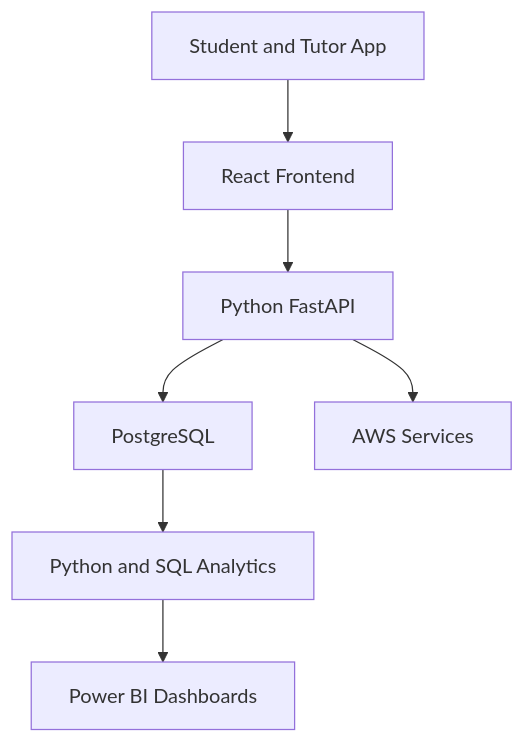
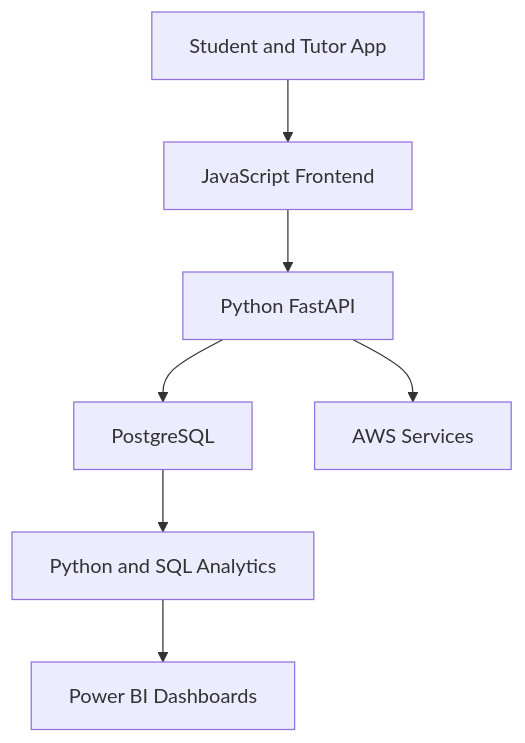
The second of 2 diagrams in README.md (janvipatel1910/learner-success-platform), drawn with Mermaid before and after one commit. The commit also changed other lines of this file, not shown here.

First line of the commit message:
docs: document live AWS deployment, architecture and limitations

````diff
--- a/README.md
+++ b/README.md
@@ -100,9 +146,9 @@
 ```mermaid
 flowchart TD
-    A["Student and Tutor App"] --> B["React Frontend"]
+    A["Student and Tutor App"] --> B["JavaScript Frontend"]
     B --> C["Python FastAPI"]
     C --> D["PostgreSQL"]
     D --> E["Python and SQL Analytics"]
     E --> F["Power BI Dashboards"]
     C --> G["AWS Services"]
 ```
````
